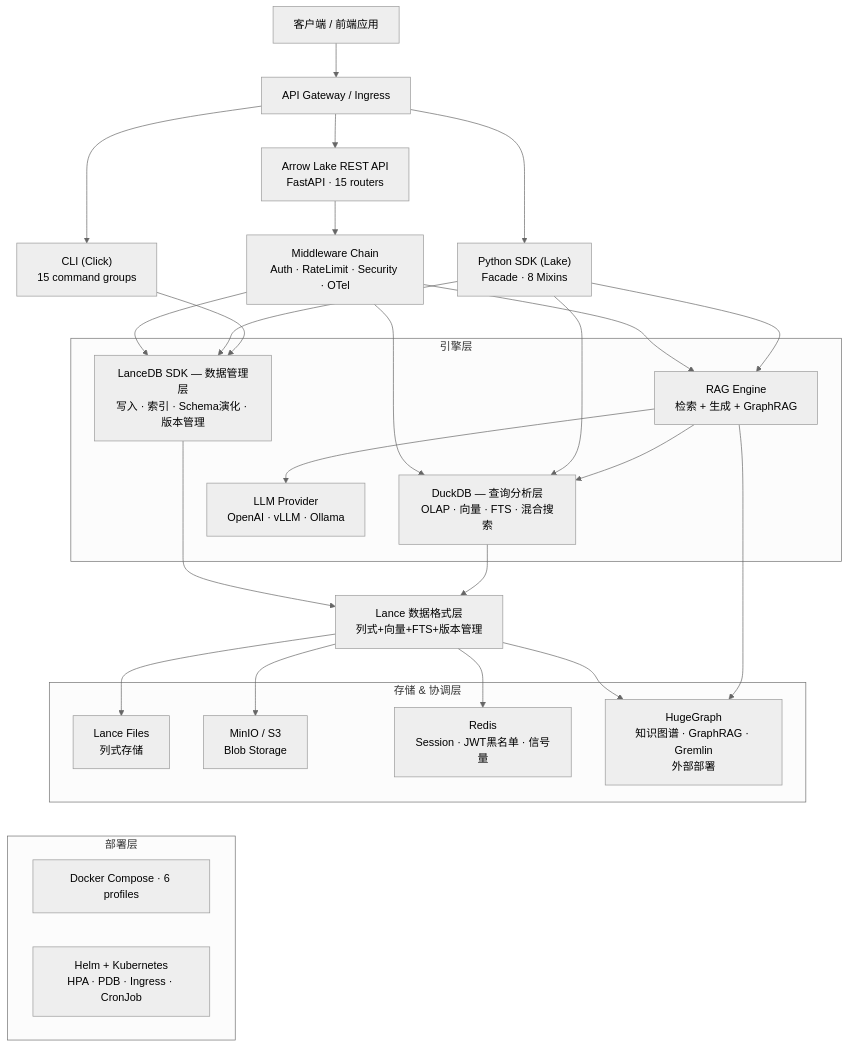
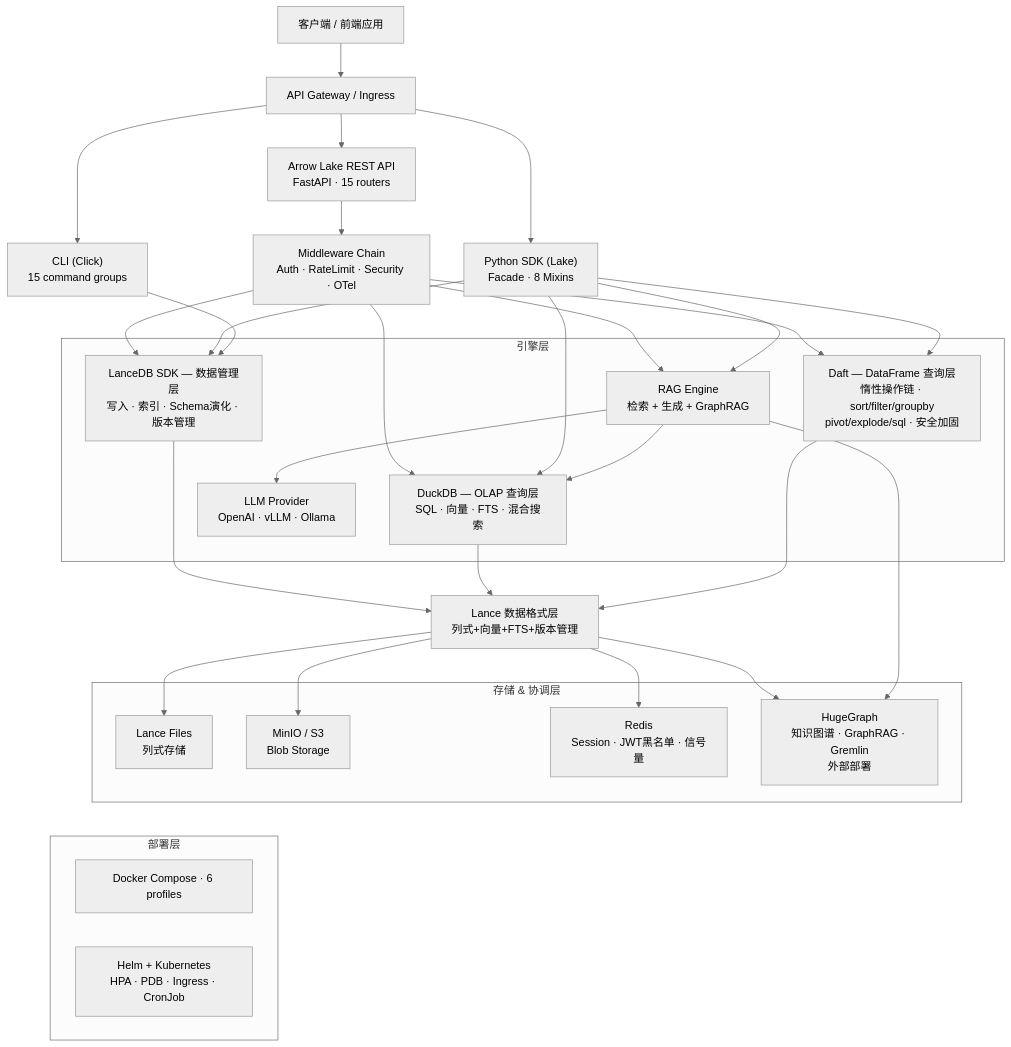
The first of 12 diagrams in docs/design_plan/architecture-overview.md (witsmaotech/arrow-lake), drawn with Mermaid (neutral theme) before and after one commit. The commit also changed other lines of this file, not shown here.

First line of the commit message:
docs: 更新总体架构图 — Daft 查询引擎角色升级

````diff
--- a/docs/design_plan/architecture-overview.md
+++ b/docs/design_plan/architecture-overview.md
@@ -64,53 +73,57 @@
 ```mermaid
 graph TB
     Client["客户端 / 前端应用"]
     Client --> Gateway["API Gateway / Ingress"]
 
     Gateway --> REST["Arrow Lake REST API<br/>FastAPI · 15 routers"]
     Gateway --> SDK["Python SDK (Lake)<br/>Facade · 8 Mixins"]
     Gateway --> CLI["CLI (Click)<br/>15 command groups"]
 
     REST --> MW["Middleware Chain<br/>Auth · RateLimit · Security · OTel"]
 
     subgraph Engine["引擎层"]
         LanceDB["LanceDB SDK — 数据管理层<br/>写入 · 索引 · Schema演化 · 版本管理"]
-        DuckDB["DuckDB — 查询分析层<br/>OLAP · 向量 · FTS · 混合搜索"]
+        DuckDB["DuckDB — OLAP 查询层<br/>SQL · 向量 · FTS · 混合搜索"]
+        DaftQE["Daft — DataFrame 查询层<br/>惰性操作链 · sort/filter/groupby<br/>pivot/explode/sql · 安全加固"]
         RAG["RAG Engine<br/>检索 + 生成 + GraphRAG"]
         LLM["LLM Provider<br/>OpenAI · vLLM · Ollama"]
     end
 
     MW --> LanceDB
     MW --> DuckDB
+    MW --> DaftQE
     MW --> RAG
     SDK --> LanceDB
     SDK --> DuckDB
+    SDK --> DaftQE
     SDK --> RAG
     CLI --> LanceDB
 
     RAG --> DuckDB
     RAG --> LLM
 
     Lance["Lance 数据格式层<br/>列式+向量+FTS+版本管理"]
     LanceDB --> Lance
     DuckDB --> Lance
+    DaftQE --> Lance
 
     subgraph Infra["存储 & 协调层"]
         Files["Lance Files<br/>列式存储"]
         MinIO["MinIO / S3<br/>Blob Storage"]
         Redis["Redis<br/>Session · JWT黑名单 · 信号量"]
         HugeGraph["HugeGraph<br/>知识图谱 · GraphRAG · Gremlin<br/>外部部署"]
     end
 
     Lance --> Files
     Lance --> MinIO
     Lance --> Redis
     Lance --> HugeGraph
     RAG --> HugeGraph
 
     subgraph Deploy["部署层"]
         DC["Docker Compose · 6 profiles"]
         K8s["Helm + Kubernetes<br/>HPA · PDB · Ingress · CronJob"]
     end
 
     Infra ~~~ Deploy
 ```
````
